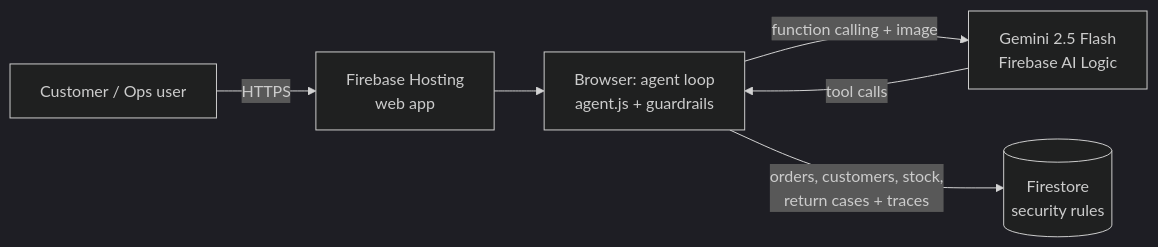
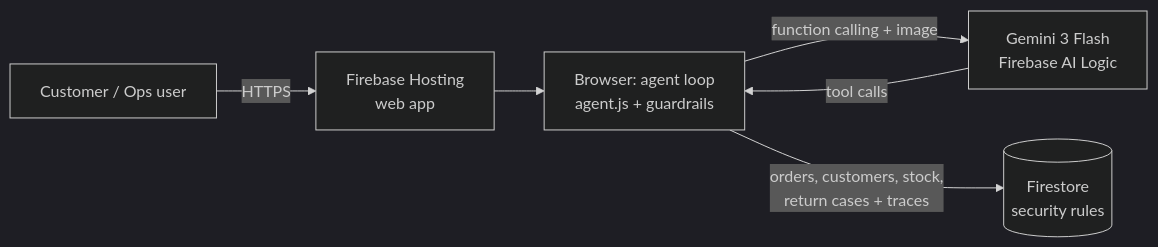
Before and after one commit to Tilak369/returnwise: the first of 2 diagrams in README.md, drawn with Mermaid (dark theme). The commit also changed other lines of this file and 1 other file, not shown here.

First line of the commit message:
Use Gemini 3 Flash with Gemini 3.1 Flash-Lite fallback (2.5 models unavailable to new projects)

````diff
--- a/README.md
+++ b/README.md
@@ -34,8 +34,8 @@
 ```mermaid
 flowchart LR
     U[Customer / Ops user] -->|HTTPS| FH[Firebase Hosting<br/>web app]
     FH --> B[Browser: agent loop<br/>agent.js + guardrails]
-    B -->|function calling + image| G[Gemini 2.5 Flash<br/>Firebase AI Logic]
+    B -->|function calling + image| G[Gemini 3 Flash<br/>Firebase AI Logic]
     G -->|tool calls| B
     B -->|orders, customers, stock,<br/>return cases + traces| FS[(Firestore<br/>security rules)]
 ```
````
